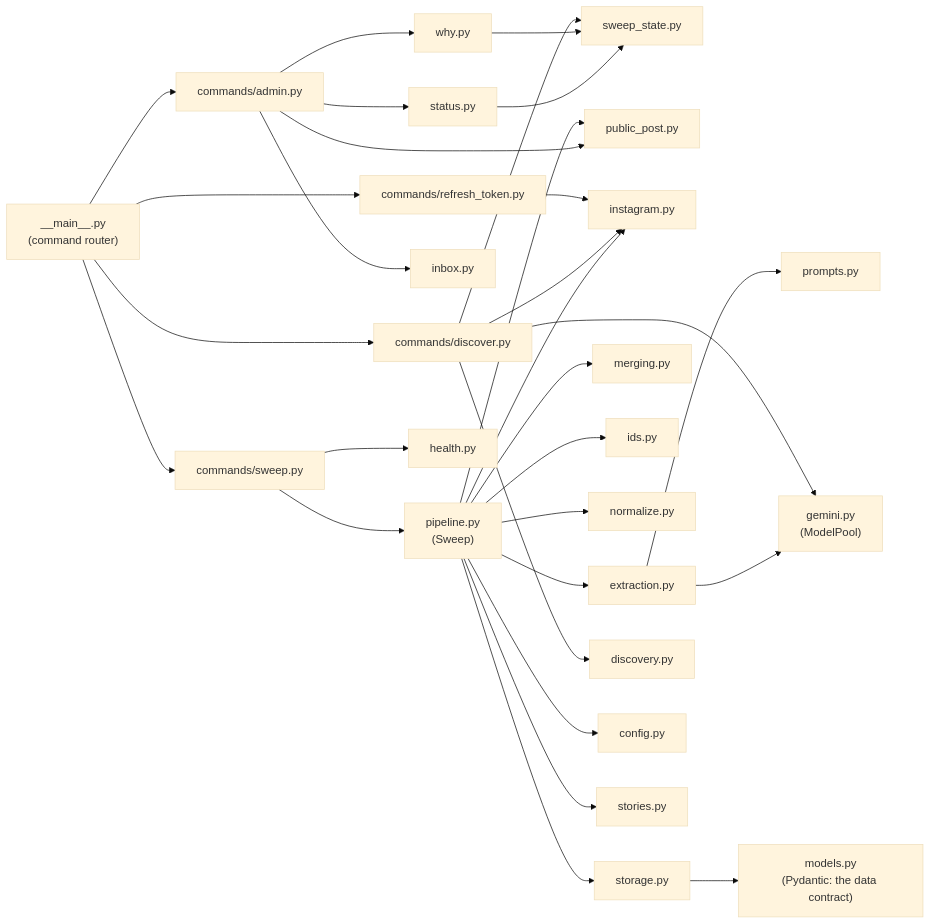
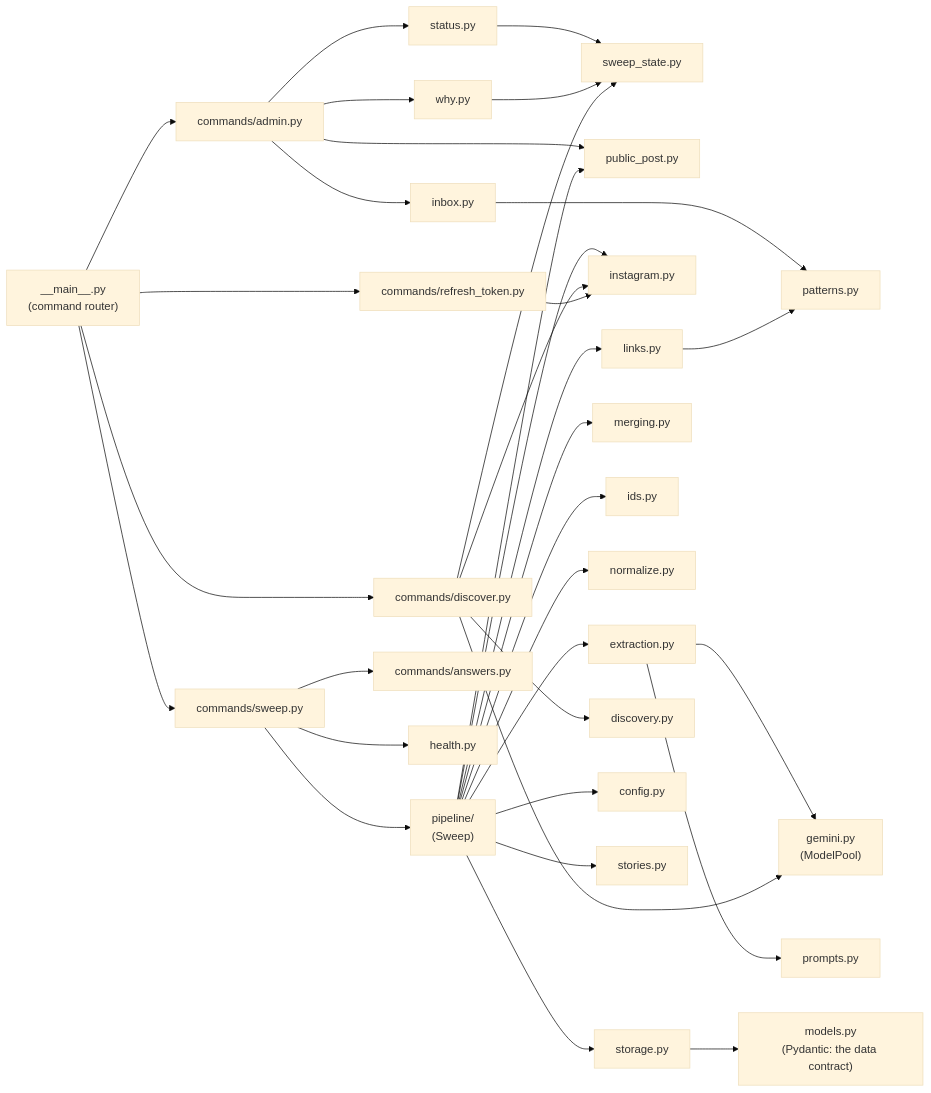
Before and after one commit to pa-bailar/backend: diagram 12 of 12 in docs/ARCHITECTURE.md, drawn with Mermaid (base theme). The commit also changed other lines of this file and 2 other files, not shown here.

First line of the commit message:
docs: the pipeline package, answers.py, patterns and the answer action

````diff
--- a/docs/ARCHITECTURE.md
+++ b/docs/ARCHITECTURE.md
@@ -1153,32 +1161,36 @@
 ```mermaid
 flowchart LR
     MAIN["__main__.py<br/>(command router)"] --> SW["commands/sweep.py"]
     MAIN --> DI["commands/discover.py"]
     MAIN --> RT["commands/refresh_token.py"]
     MAIN --> AD["commands/admin.py"]
     AD --> ST["status.py"]
     ST --> SS["sweep_state.py"]
     AD --> WHY["why.py"]
     AD --> INB["inbox.py"]
     AD --> PUB["public_post.py"]
     PL --> PUB
     WHY --> SS
     DI --> SS
-    SW --> PL["pipeline.py<br/>(Sweep)"]
+    SW --> PL["pipeline/<br/>(Sweep)"]
+    SW --> ANS["commands/answers.py"]
     SW --> HE["health.py"]
+    INB --> PAT["patterns.py"]
+    LNK["links.py"] --> PAT
+    PL --> LNK
     PL --> IGC["instagram.py"]
     PL --> EXT["extraction.py"]
     PL --> MER["merging.py"]
     PL --> IDS["ids.py"]
     PL --> NOR["normalize.py"]
     PL --> STO["storage.py"]
     EXT --> GEM["gemini.py<br/>(ModelPool)"]
     EXT --> PRO["prompts.py"]
     DI --> DIS["discovery.py"]
     DI --> IGC
     DI --> GEM
     RT --> IGC
     STO --> MOD["models.py<br/>(Pydantic: the data contract)"]
     PL --> CFG["config.py"]
     PL --> STY["stories.py"]
 ```
````
